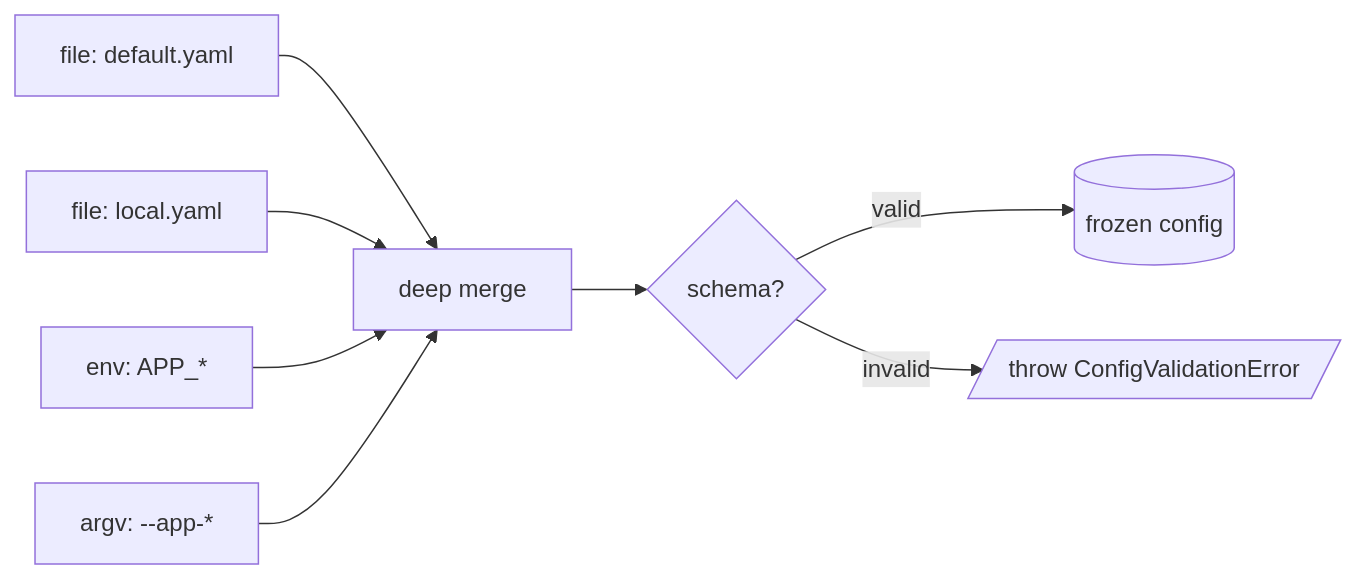
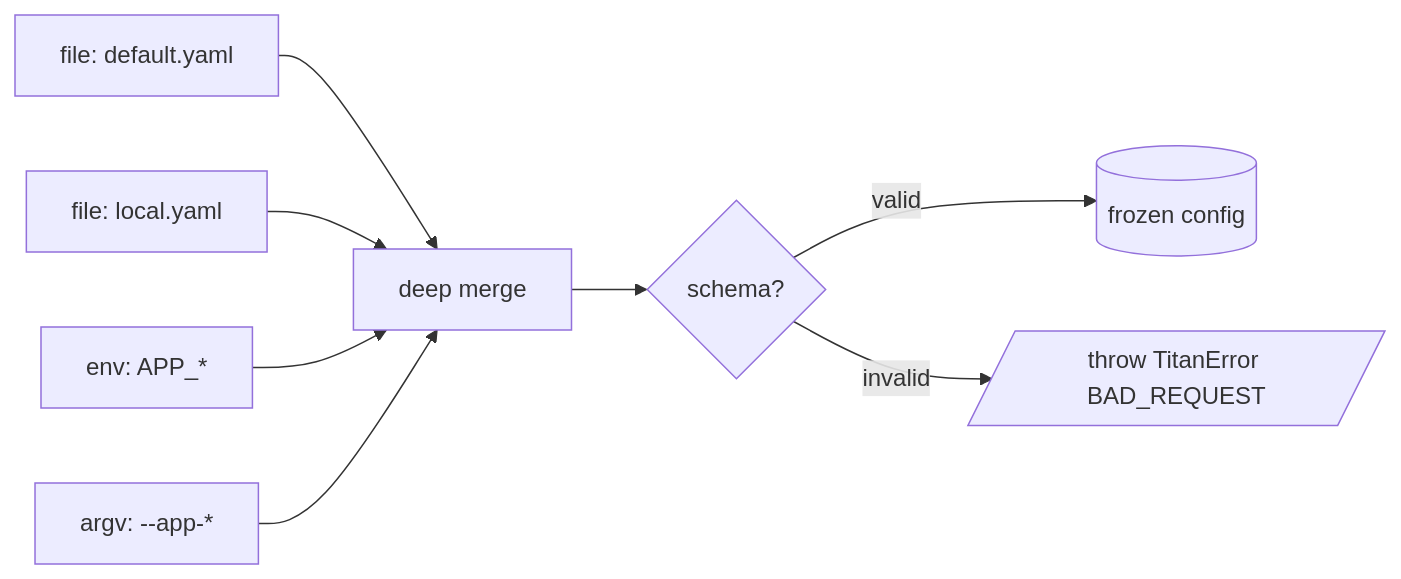
The diagram in docs/titan/configuration/sources.md (omnitron-dev/website), drawn with Mermaid before and after one commit. The commit also changed 12 other files, not shown here.

````diff
--- a/docs/titan/configuration/sources.md
+++ b/docs/titan/configuration/sources.md
@@ -102,10 +102,10 @@
 ```mermaid
 flowchart LR
   S1[file: default.yaml] --> Merge[deep merge]
   S2[file: local.yaml] --> Merge
   S3[env: APP_*] --> Merge
   S4[argv: --app-*] --> Merge
   Merge --> Validate{schema?}
   Validate -- valid --> Frozen[(frozen config)]
-  Validate -- invalid --> Throw[/throw ConfigValidationError/]
+  Validate -- invalid --> Throw[/throw TitanError BAD_REQUEST/]
 ```
````
